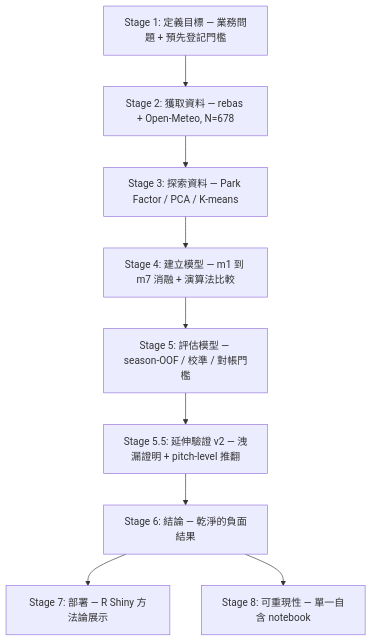
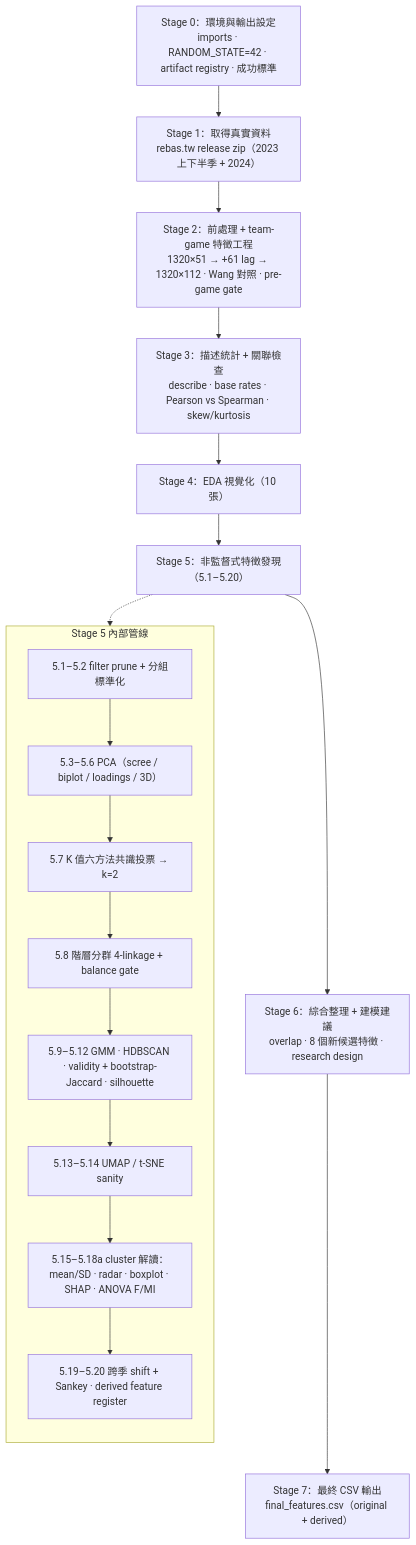
Before and after one commit to jiangjiangian/data_science_final_project: the diagram in tldr.md, drawn with Mermaid. The commit also changed other lines of this file, not shown here.

First line of the commit message:
Rewrite tldr.md to match the current unsupervised-feature-discovery notebook

````diff
--- a/tldr.md
+++ b/tldr.md
@@ -22,18 +39,28 @@
 ```mermaid
 flowchart TD
-    S1["Stage 1: 定義目標 — 業務問題 + 預先登記門檻"]
-    S2["Stage 2: 獲取資料 — rebas + Open-Meteo, N=678"]
-    S3["Stage 3: 探索資料 — Park Factor / PCA / K-means"]
-    S4["Stage 4: 建立模型 — m1 到 m7 消融 + 演算法比較"]
-    S5["Stage 5: 評估模型 — season-OOF / 校準 / 對帳門檻"]
-    S5b["Stage 5.5: 延伸驗證 v2 — 洩漏證明 + pitch-level 推翻"]
-    S6["Stage 6: 結論 — 乾淨的負面結果"]
-    S7["Stage 7: 部署 — R Shiny 方法論展示"]
-    S8["Stage 8: 可重現性 — 單一自含 notebook"]
+    S0["Stage 0：環境與輸出設定<br/>imports · RANDOM_STATE=42 · artifact registry · 成功標準"]
+    S1["Stage 1：取得真實資料<br/>rebas.tw release zip（2023 上下半季 + 2024）"]
+    S2["Stage 2：前處理 + team-game 特徵工程<br/>1320×51 → +61 lag → 1320×112 · Wang 對照 · pre-game gate"]
+    S3["Stage 3：描述統計 + 關聯檢查<br/>describe · base rates · Pearson vs Spearman · skew/kurtosis"]
+    S4["Stage 4：EDA 視覺化（10 張）"]
+    S5["Stage 5：非監督式特徵發現（5.1–5.20）"]
+    S6["Stage 6：綜合整理 + 建模建議<br/>overlap · 8 個新候選特徵 · research design"]
+    S7["Stage 7：最終 CSV 輸出<br/>final_features.csv（original + derived）"]
 
-    S1 --> S2 --> S3 --> S4 --> S5
-    S5 --> S5b
-    S5b --> S6
-    S6 --> S7
-    S6 --> S8
+    S0 --> S1 --> S2 --> S3 --> S4 --> S5 --> S6 --> S7
+
+    subgraph U ["Stage 5 內部管線"]
+        direction TB
+        U1["5.1–5.2 filter prune + 分組標準化"]
+        U2["5.3–5.6 PCA（scree / biplot / loadings / 3D）"]
+        U3["5.7 K 值六方法共識投票 → k=2"]
+        U4["5.8 階層分群 4-linkage + balance gate"]
+        U5["5.9–5.12 GMM · HDBSCAN · validity + bootstrap-Jaccard · silhouette"]
+        U6["5.13–5.14 UMAP / t-SNE sanity"]
+        U7["5.15–5.18a cluster 解讀：mean/SD · radar · boxplot · SHAP · ANOVA F/MI"]
+        U8["5.19–5.20 跨季 shift + Sankey · derived feature register"]
+        U1 --> U2 --> U3 --> U4 --> U5 --> U6 --> U7 --> U8
+    end
+
+    S5 -.-> U
 ```
````
